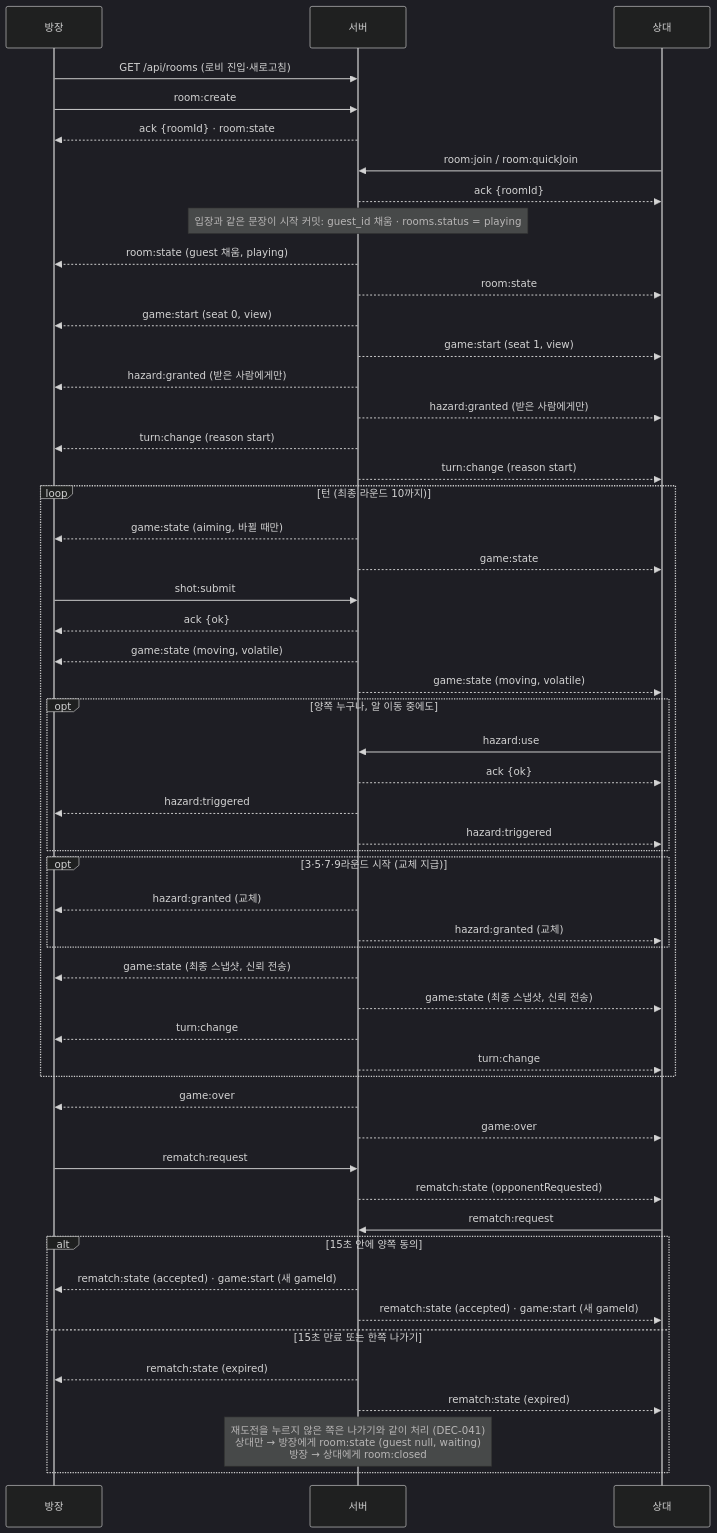
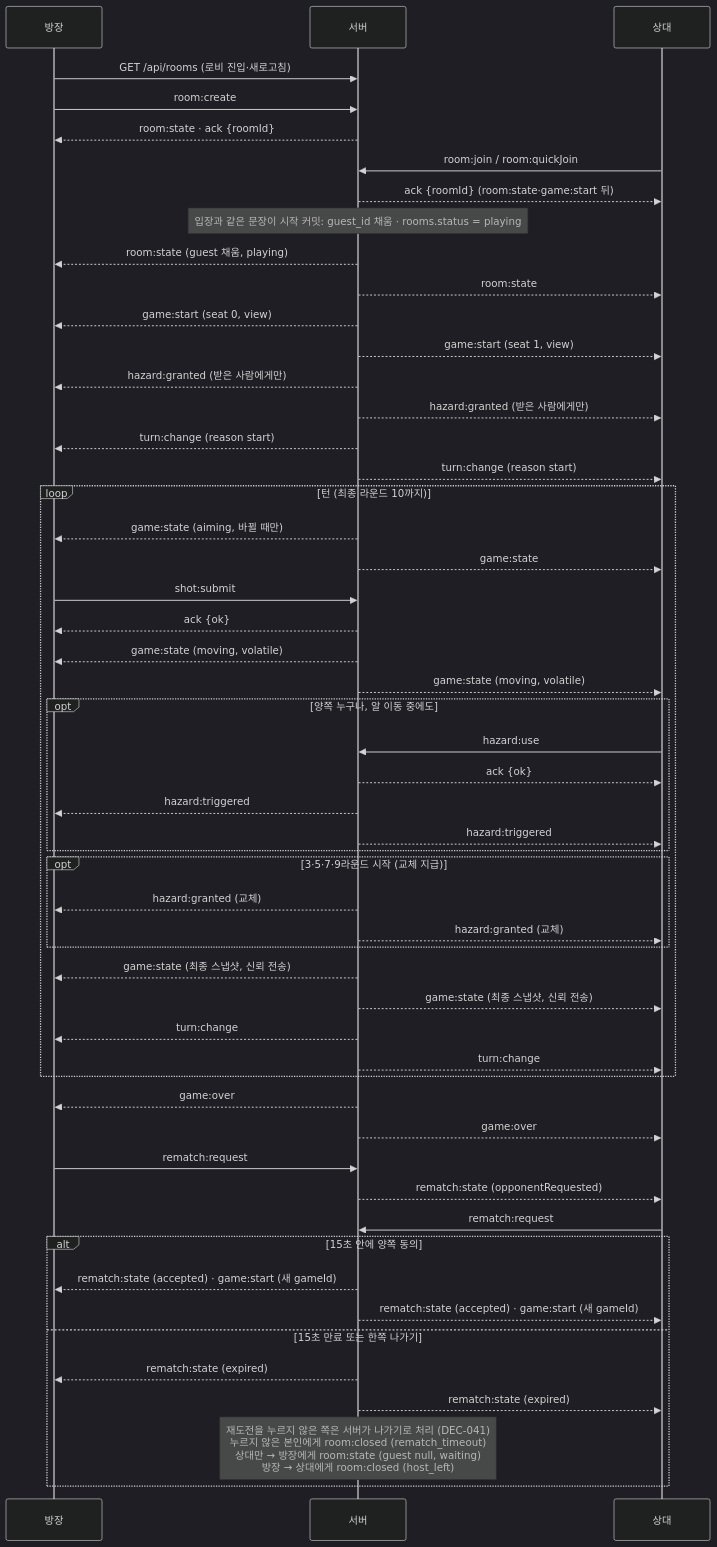
The diagram in docs/design/API.md (moguab2808-commits/mini-project-1-1), drawn with Mermaid (dark theme) before and after one commit. The commit also changed other lines of this file and 9 other files, not shown here.

````diff
--- a/docs/design/API.md
+++ b/docs/design/API.md
@@ -182,55 +182,55 @@
 ```mermaid
 sequenceDiagram
     participant H as 방장
     participant S as 서버
     participant G as 상대
     H->>S: GET /api/rooms (로비 진입·새로고침)
     H->>S: room:create
-    S-->>H: ack {roomId} · room:state
+    S-->>H: room:state · ack {roomId}
     G->>S: room:join / room:quickJoin
-    S-->>G: ack {roomId}
+    S-->>G: ack {roomId} (room:state·game:start 뒤)
     Note over S: 입장과 같은 문장이 시작 커밋: guest_id 채움 · rooms.status = playing
     S-->>H: room:state (guest 채움, playing)
     S-->>G: room:state
     S-->>H: game:start (seat 0, view)
     S-->>G: game:start (seat 1, view)
     S-->>H: hazard:granted (받은 사람에게만)
     S-->>G: hazard:granted (받은 사람에게만)
     S-->>H: turn:change (reason start)
     S-->>G: turn:change (reason start)
     loop 턴 (최종 라운드 10까지)
         S-->>H: game:state (aiming, 바뀔 때만)
         S-->>G: game:state
         H->>S: shot:submit
         S-->>H: ack {ok}
         S-->>H: game:state (moving, volatile)
         S-->>G: game:state (moving, volatile)
         opt 양쪽 누구나, 알 이동 중에도
             G->>S: hazard:use
             S-->>G: ack {ok}
             S-->>H: hazard:triggered
             S-->>G: hazard:triggered
         end
         opt 3·5·7·9라운드 시작 (교체 지급)
             S-->>H: hazard:granted (교체)
             S-->>G: hazard:granted (교체)
         end
         S-->>H: game:state (최종 스냅샷, 신뢰 전송)
         S-->>G: game:state (최종 스냅샷, 신뢰 전송)
         S-->>H: turn:change
         S-->>G: turn:change
     end
     S-->>H: game:over
     S-->>G: game:over
     H->>S: rematch:request
     S-->>G: rematch:state (opponentRequested)
     G->>S: rematch:request
     alt 15초 안에 양쪽 동의
         S-->>H: rematch:state (accepted) · game:start (새 gameId)
         S-->>G: rematch:state (accepted) · game:start (새 gameId)
     else 15초 만료 또는 한쪽 나가기
         S-->>H: rematch:state (expired)
         S-->>G: rematch:state (expired)
-        Note over S: 재도전을 누르지 않은 쪽은 나가기와 같이 처리 (DEC-041)<br/>상대만 → 방장에게 room:state (guest null, waiting)<br/>방장 → 상대에게 room:closed
+        Note over S: 재도전을 누르지 않은 쪽은 서버가 나가기로 처리 (DEC-041)<br/>누르지 않은 본인에게 room:closed (rematch_timeout)<br/>상대만 → 방장에게 room:state (guest null, waiting)<br/>방장 → 상대에게 room:closed (host_left)
     end
 ```
````
